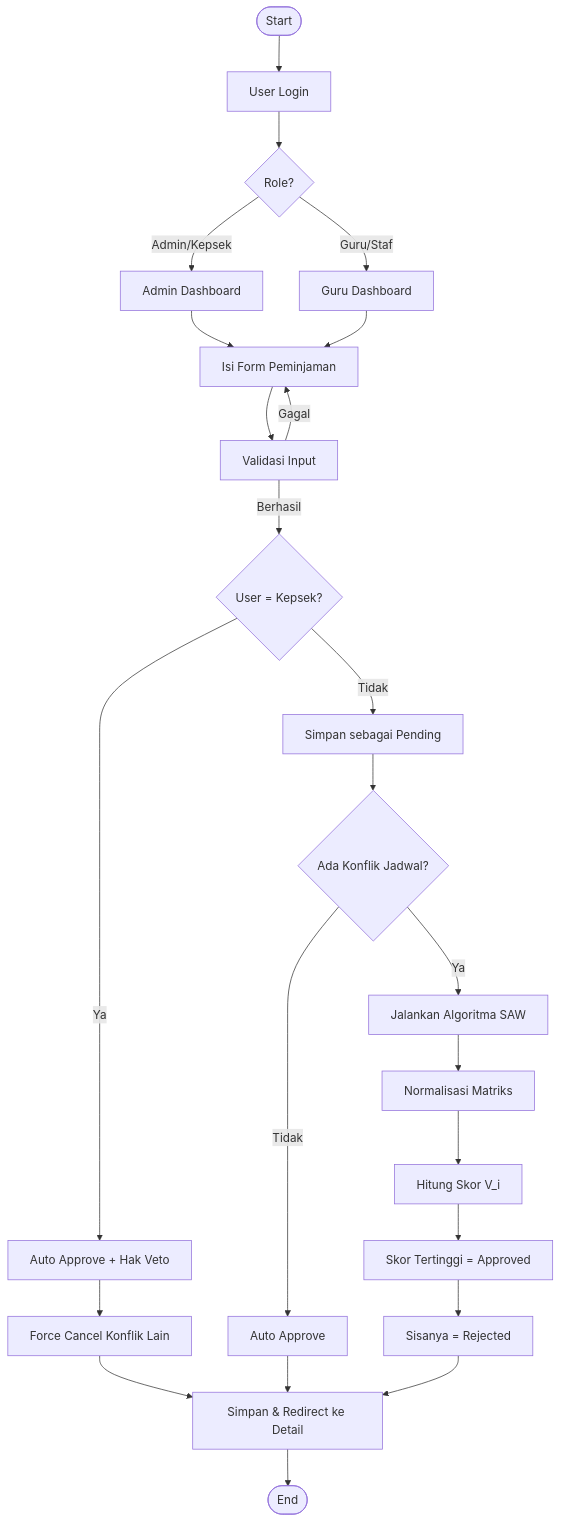
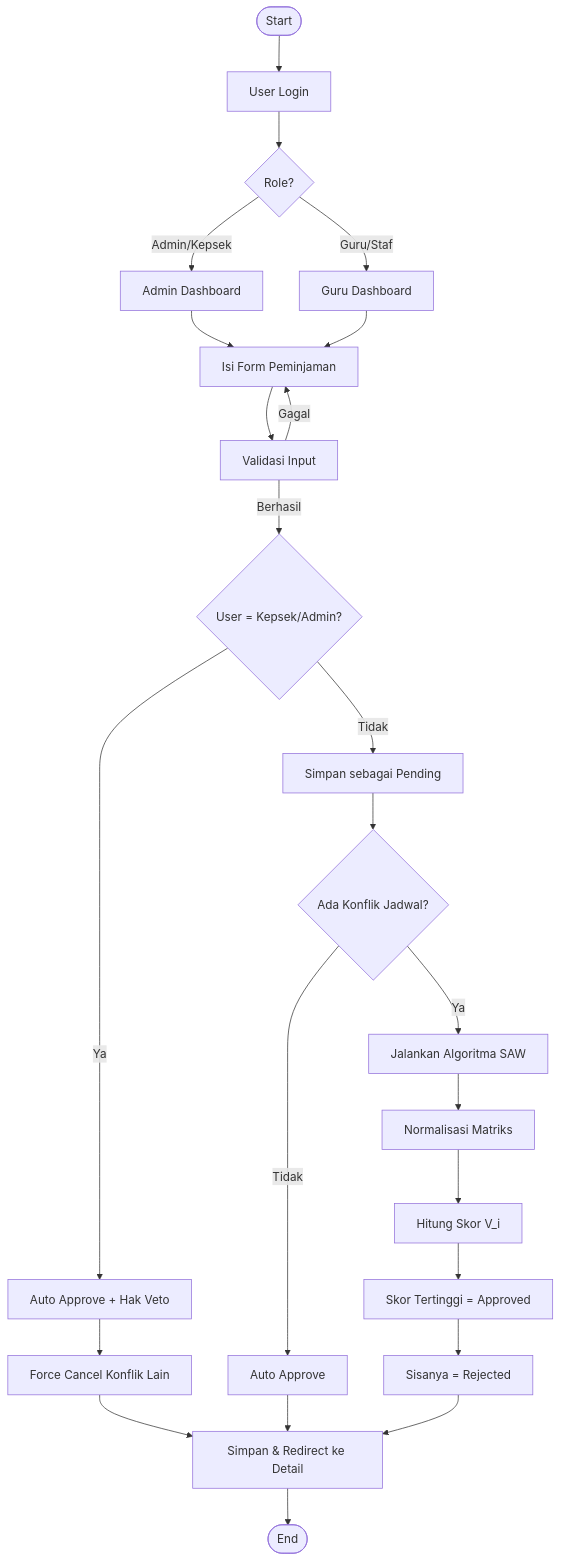
One commit to Rizalibrah08/booking-sistem changed the second of 4 diagrams in README.md. Above: the diagram before and after it, drawn with Mermaid. The commit also changed other lines of this file and 6 other files, not shown here.

````diff
--- a/README.md
+++ b/README.md
@@ -194,33 +194,33 @@
 ```mermaid
 flowchart TD
     A([Start]) --> B[User Login]
     B --> C{Role?}
     C -->|Admin/Kepsek| D[Admin Dashboard]
     C -->|Guru/Staf| E[Guru Dashboard]
 
     D --> F[Isi Form Peminjaman]
     E --> F
 
     F --> G[Validasi Input]
     G -->|Gagal| F
-    G -->|Berhasil| H{User = Kepsek?}
+    G -->|Berhasil| H{User = Kepsek/Admin?}
 
     H -->|Ya| I[Auto Approve + Hak Veto]
     I --> J[Force Cancel Konflik Lain]
     J --> K[Simpan & Redirect ke Detail]
 
     H -->|Tidak| L[Simpan sebagai Pending]
     L --> M{Ada Konflik Jadwal?}
 
     M -->|Tidak| N[Auto Approve]
     N --> K
 
     M -->|Ya| O[Jalankan Algoritma SAW]
     O --> P[Normalisasi Matriks]
     P --> Q[Hitung Skor V_i]
     Q --> R[Skor Tertinggi = Approved]
     R --> S[Sisanya = Rejected]
     S --> K
 
     K --> T([End])
 ```
````
